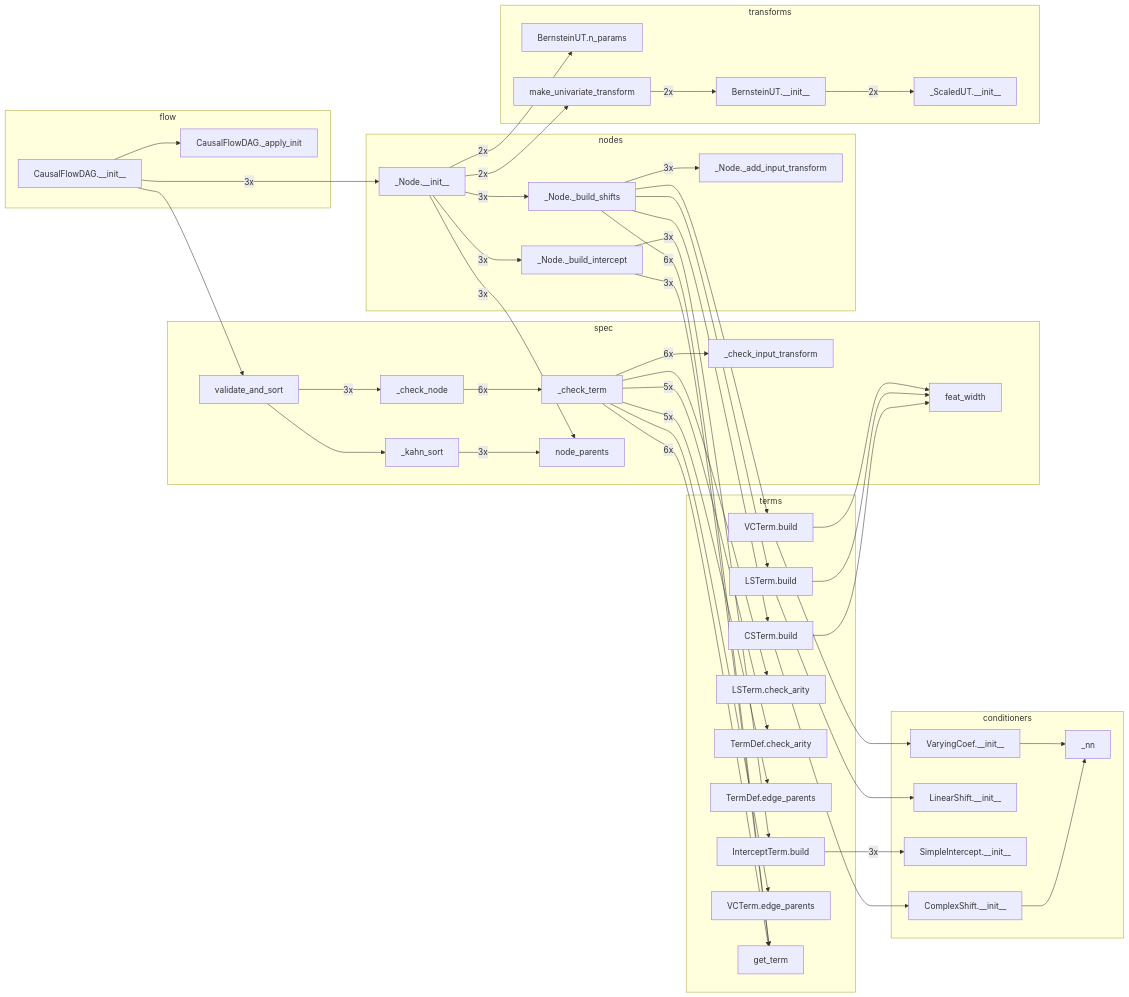
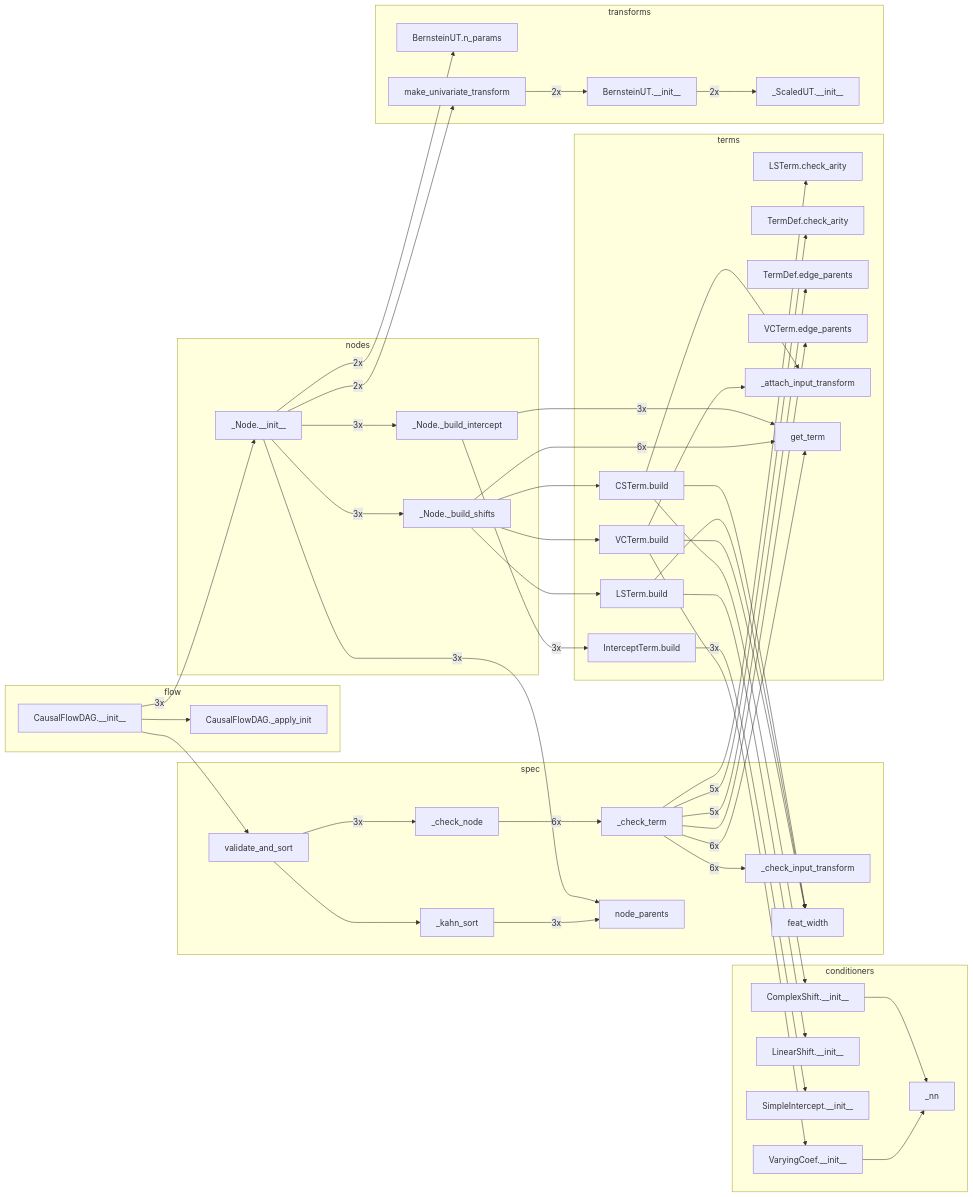
The fourth of 5 diagrams in docs/architecture.md (tensorchiefs/tramdag), drawn with Mermaid before and after one commit. The commit also changed other lines of this file and 20 other files, not shown here.

````diff
--- a/docs/architecture.md
+++ b/docs/architecture.md
@@ -184,28 +184,28 @@
   end
   subgraph nodes
     n5["_Node.__init__"]
-    n14["_Node._add_input_transform"]
     n7["_Node._build_intercept"]
     n8["_Node._build_shifts"]
   end
   subgraph spec
-    n20["_check_input_transform"]
-    n18["_check_node"]
-    n19["_check_term"]
-    n25["_kahn_sort"]
-    n26["feat_width"]
+    n19["_check_input_transform"]
+    n17["_check_node"]
+    n18["_check_term"]
+    n24["_kahn_sort"]
+    n25["feat_width"]
     n9["node_parents"]
     n6["validate_and_sort"]
   end
   subgraph terms
-    n15["CSTerm.build"]
+    n14["CSTerm.build"]
     n12["InterceptTerm.build"]
-    n16["LSTerm.build"]
-    n21["LSTerm.check_arity"]
-    n22["TermDef.check_arity"]
-    n23["TermDef.edge_parents"]
-    n17["VCTerm.build"]
-    n24["VCTerm.edge_parents"]
+    n15["LSTerm.build"]
+    n20["LSTerm.check_arity"]
+    n21["TermDef.check_arity"]
+    n22["TermDef.edge_parents"]
+    n16["VCTerm.build"]
+    n23["VCTerm.edge_parents"]
+    n26["_attach_input_transform"]
     n13["get_term"]
   end
   subgraph transforms
@@ -226,28 +226,29 @@
     n5 -- "2x" --> n11
     n7 -- "3x" --> n12
     n7 -- "3x" --> n13
-    n8 -- "3x" --> n14
+    n8 --> n14
     n8 --> n15
     n8 --> n16
-    n8 --> n17
     n8 -- "6x" --> n13
+    n17 -- "6x" --> n18
     n18 -- "6x" --> n19
-    n19 -- "6x" --> n20
-    n19 --> n21
-    n19 -- "5x" --> n22
-    n19 -- "5x" --> n23
-    n19 --> n24
-    n19 -- "6x" --> n13
-    n25 -- "3x" --> n9
-    n6 -- "3x" --> n18
-    n6 --> n25
-    n15 --> n0
-    n15 --> n26
+    n18 --> n20
+    n18 -- "5x" --> n21
+    n18 -- "5x" --> n22
+    n18 --> n23
+    n18 -- "6x" --> n13
+    n24 -- "3x" --> n9
+    n6 -- "3x" --> n17
+    n6 --> n24
+    n14 --> n0
+    n14 --> n25
+    n14 --> n26
     n12 -- "3x" --> n27
-    n16 --> n28
+    n15 --> n28
+    n15 --> n25
+    n16 --> n2
+    n16 --> n25
     n16 --> n26
-    n17 --> n2
-    n17 --> n26
     n29 -- "2x" --> n30
     n11 -- "2x" --> n29
 ```
````
